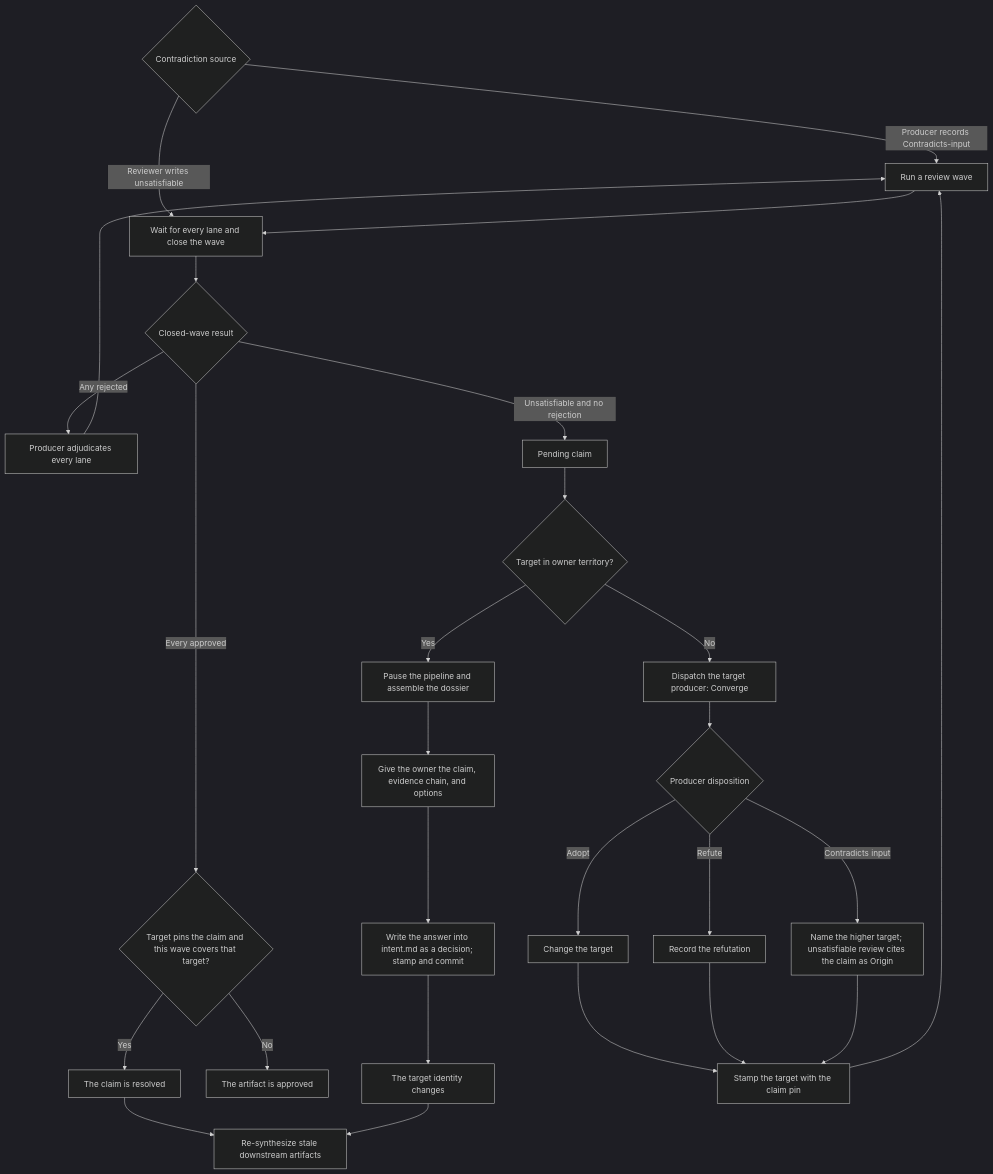
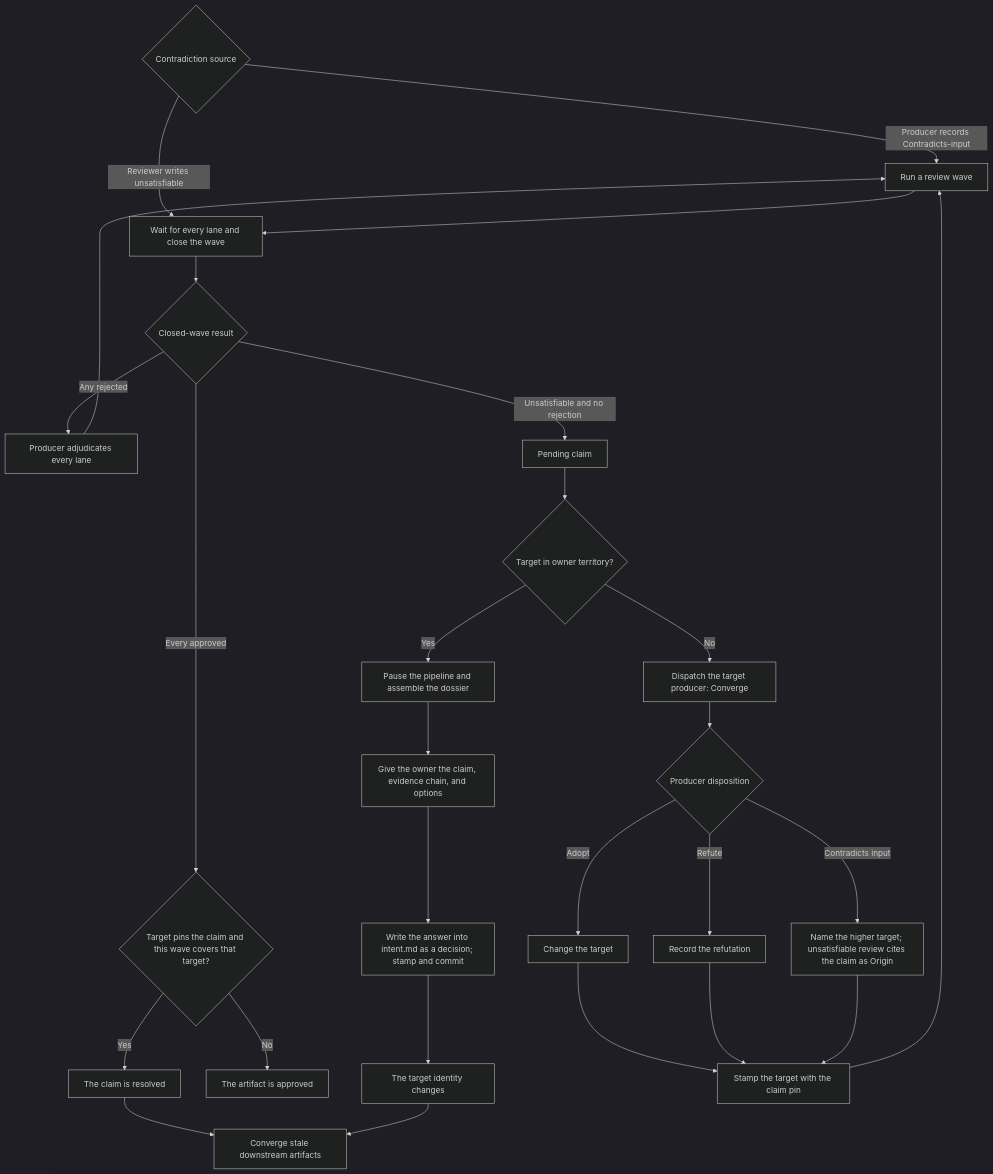
Before and after one commit to Automattic/radical-pipelines: the diagram in docs/flowcharts/escalation.md, drawn with Mermaid (dark theme). The commit also changed 5 other files, not shown here.

Commit message:
Converge migration: assisted follows Converge; reproducing a task report's evidence is the planners' one experiment in any mode; tasks-held frontier subsumed; glossary and escalation flowchart

````diff
--- a/docs/flowcharts/escalation.md
+++ b/docs/flowcharts/escalation.md
@@ -5,29 +5,29 @@
 ```mermaid
 flowchart TD
     START{"Contradiction source"} -->|Producer records Contradicts-input| A["Run a review wave"]
     START -->|Reviewer writes unsatisfiable| C
     A --> C["Wait for every lane and close the wave"]
     C --> D{"Closed-wave result"}
     D -->|Any rejected| E["Producer adjudicates every lane"]
     E --> A
     D -->|Every approved| F{"Target pins the claim and this wave covers that target?"}
     F -->|Yes| RESOLVED["The claim is resolved"]
     F -->|No| APPROVED["The artifact is approved"]
     D -->|Unsatisfiable and no rejection| G["Pending claim"]
     G --> H{"Target in owner territory?"}
     H -->|Yes| I["Pause the pipeline and assemble the dossier"]
     I --> J["Give the owner the claim, evidence chain, and options"]
     J --> K["Write the answer into intent.md as a decision; stamp and commit"]
     K --> CHANGED["The target identity changes"]
     H -->|No| N["Dispatch the target producer: Converge"]
     N --> O{"Producer disposition"}
     O -->|Adopt| P["Change the target"]
     O -->|Refute| Q["Record the refutation"]
     O -->|Contradicts input| R["Name the higher target; unsatisfiable review cites the claim as Origin"]
     P --> S["Stamp the target with the claim pin"]
     Q --> S
     R --> S
     S --> A
     RESOLVED --> CASCADE
-    CHANGED --> CASCADE["Re-synthesize stale downstream artifacts"]
+    CHANGED --> CASCADE["Converge stale downstream artifacts"]
 ```
````
